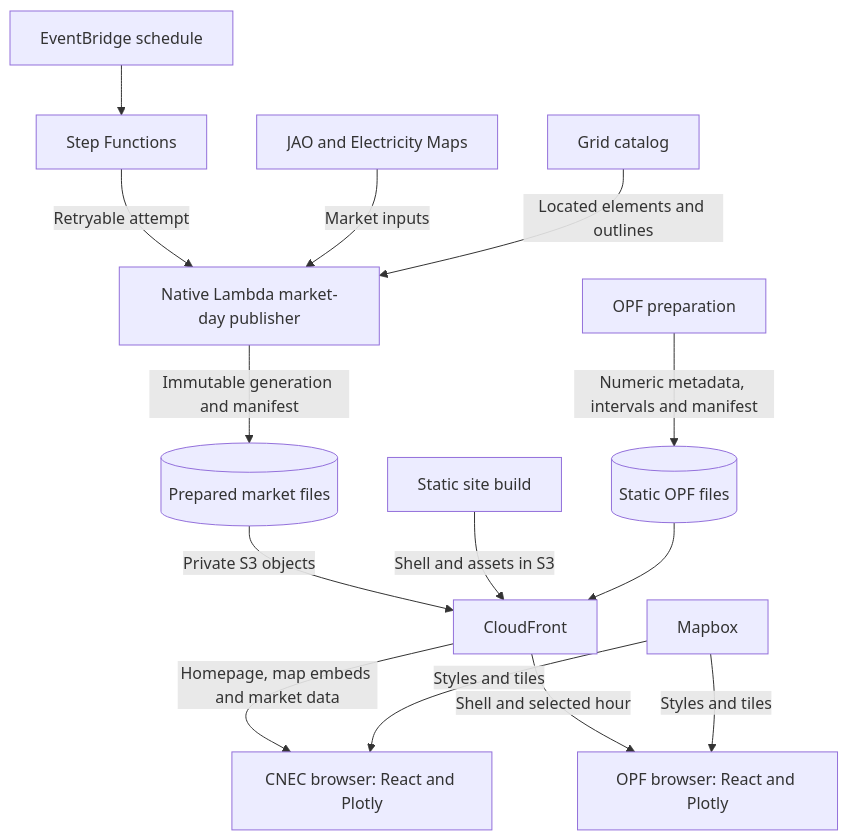
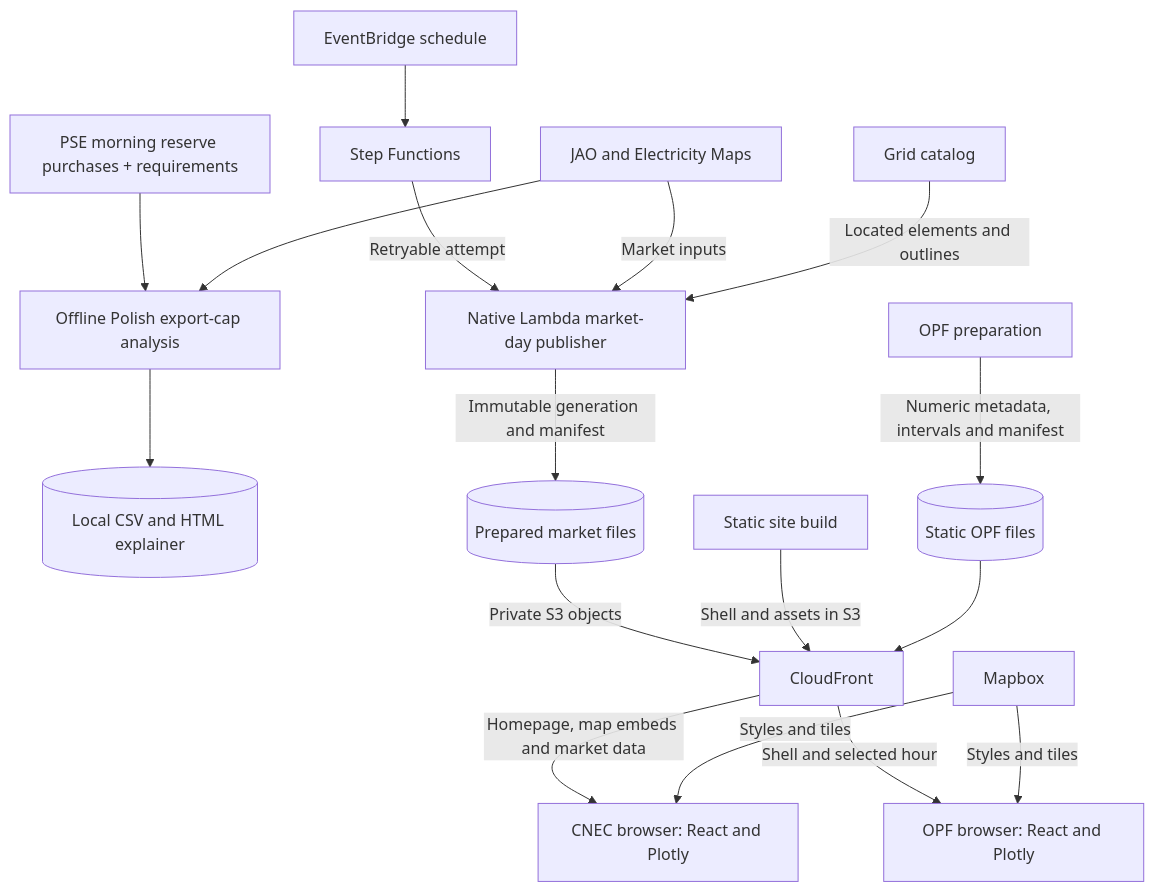
Before and after one commit to zoltanmaric/coppersushi: the diagram in README.md, drawn with Mermaid. The commit also changed other lines of this file and 18 other files, not shown here.

Commit message:
Investigate Polish export caps with dated reserve evidence

````diff
--- a/README.md
+++ b/README.md
@@ -45,20 +45,23 @@
 ```mermaid
 flowchart TB
     schedule["EventBridge schedule"] --> workflow["Step Functions"]
     workflow -->|Retryable attempt| publication
     market["JAO and Electricity Maps"] -->|Market inputs| publication["Native Lambda market-day publisher"]
+    pse["PSE morning reserve purchases + requirements"] --> investigation["Offline Polish export-cap analysis"]
+    market --> investigation
+    investigation --> research[("Local CSV and HTML explainer")]
     catalog["Grid catalog"] -->|Located elements and outlines| publication
     publication -->|Immutable generation and manifest| prepared[("Prepared market files")]
     prepared -->|Private S3 objects| edge["CloudFront"]
     build["Static site build"] -->|Shell and assets in S3| edge
     edge -->|Homepage, map embeds and market data| browser["CNEC browser: React and Plotly"]
     opf["OPF preparation"] -->|Numeric metadata, intervals and manifest| opffiles[("Static OPF files")]
     opffiles --> edge
     edge -->|Shell and selected hour| opfbrowser["OPF browser: React and Plotly"]
     maps["Mapbox"] -->|Styles and tiles| browser
     maps -->|Styles and tiles| opfbrowser
     click catalog "https://github.com/zoltanmaric/coppersushi/blob/main/coppersushi/pipelines/grid/README.md" "Grid catalog"
     click opf "https://github.com/zoltanmaric/coppersushi/blob/main/coppersushi/pipelines/powerflow/README.md" "OPF"
     click publication "https://github.com/zoltanmaric/coppersushi/blob/main/coppersushi/pipelines/cnec/README.md" "Publication"
     click browser "https://github.com/zoltanmaric/coppersushi/blob/main/coppersushi/frontend/README.md" "CNEC browser"
 ```
````
